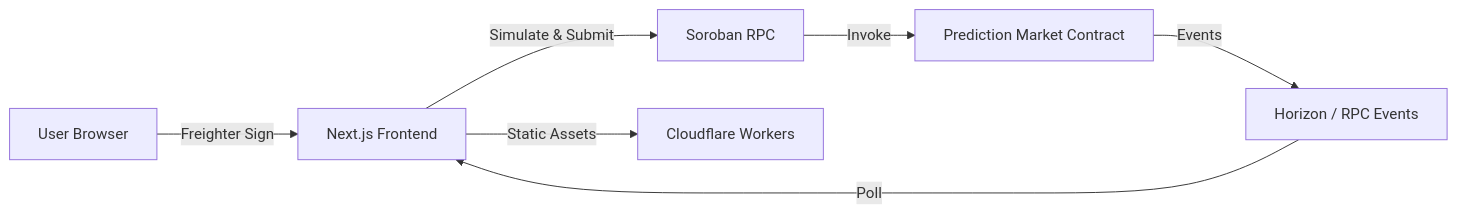
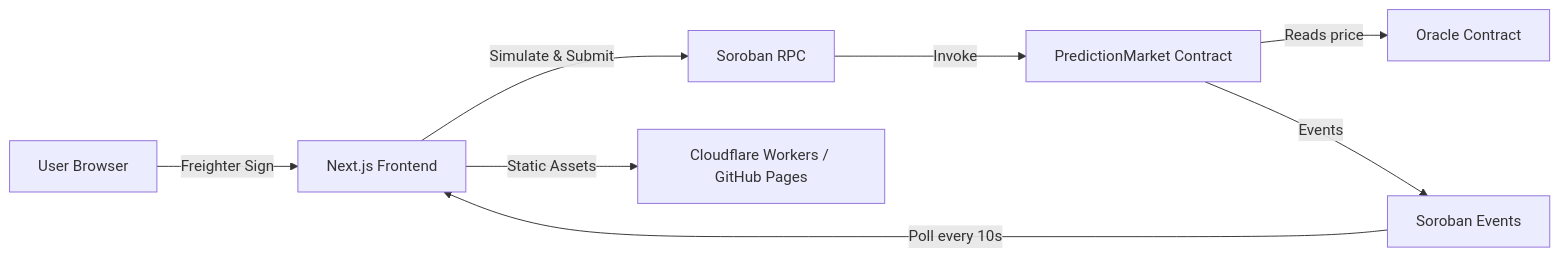
Before and after one commit to LIGHT-25/Prediction-Market-Platform: the diagram in README.md, drawn with Mermaid. The commit also changed other lines of this file and 6 other files, not shown here.

Commit message:
docs(level3): update README with oracle architecture, add CONTRIBUTING guide, deploy script, and oracle contract ID

````diff
--- a/README.md
+++ b/README.md
@@ -245,9 +114,10 @@
 ```mermaid
 flowchart LR
     A[User Browser] -->|Freighter Sign| B[Next.js Frontend]
     B -->|Simulate & Submit| C[Soroban RPC]
-    C -->|Invoke| D[Prediction Market Contract]
-    D -->|Events| E[Horizon / RPC Events]
-    E -->|Poll| B
-    B -->|Static Assets| F[Cloudflare Workers]
+    C -->|Invoke| D[PredictionMarket Contract]
+    D -->|Reads price| E[Oracle Contract]
+    D -->|Events| F[Soroban Events]
+    F -->|Poll every 10s| B
+    B -->|Static Assets| G[Cloudflare Workers / GitHub Pages]
 ```
````
